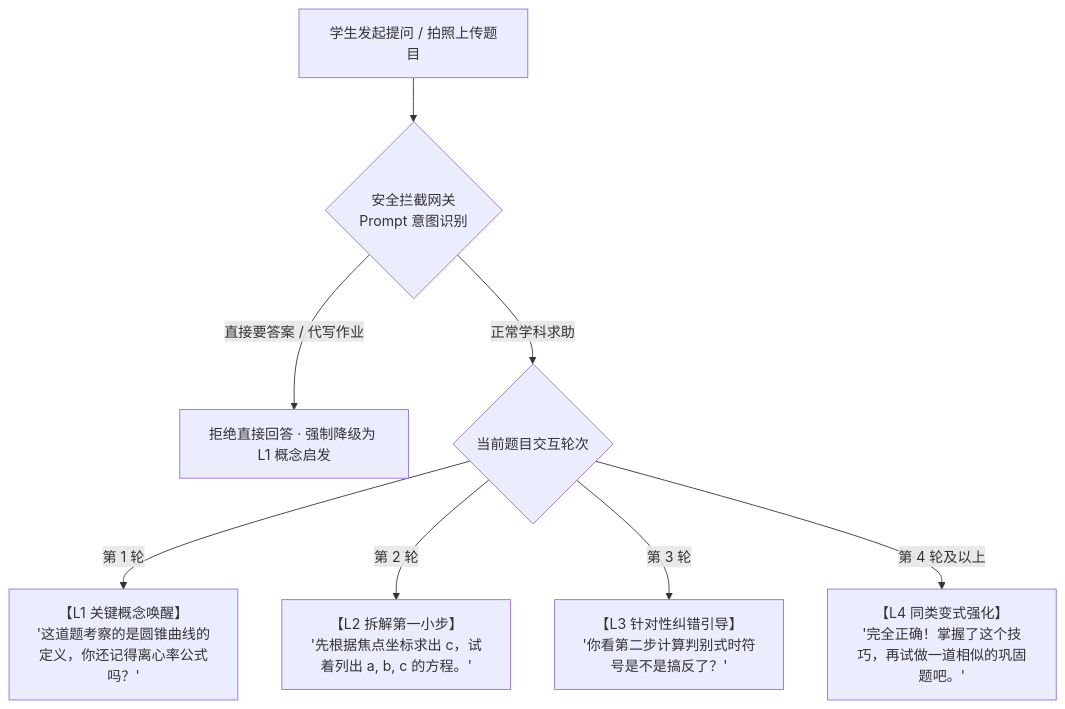
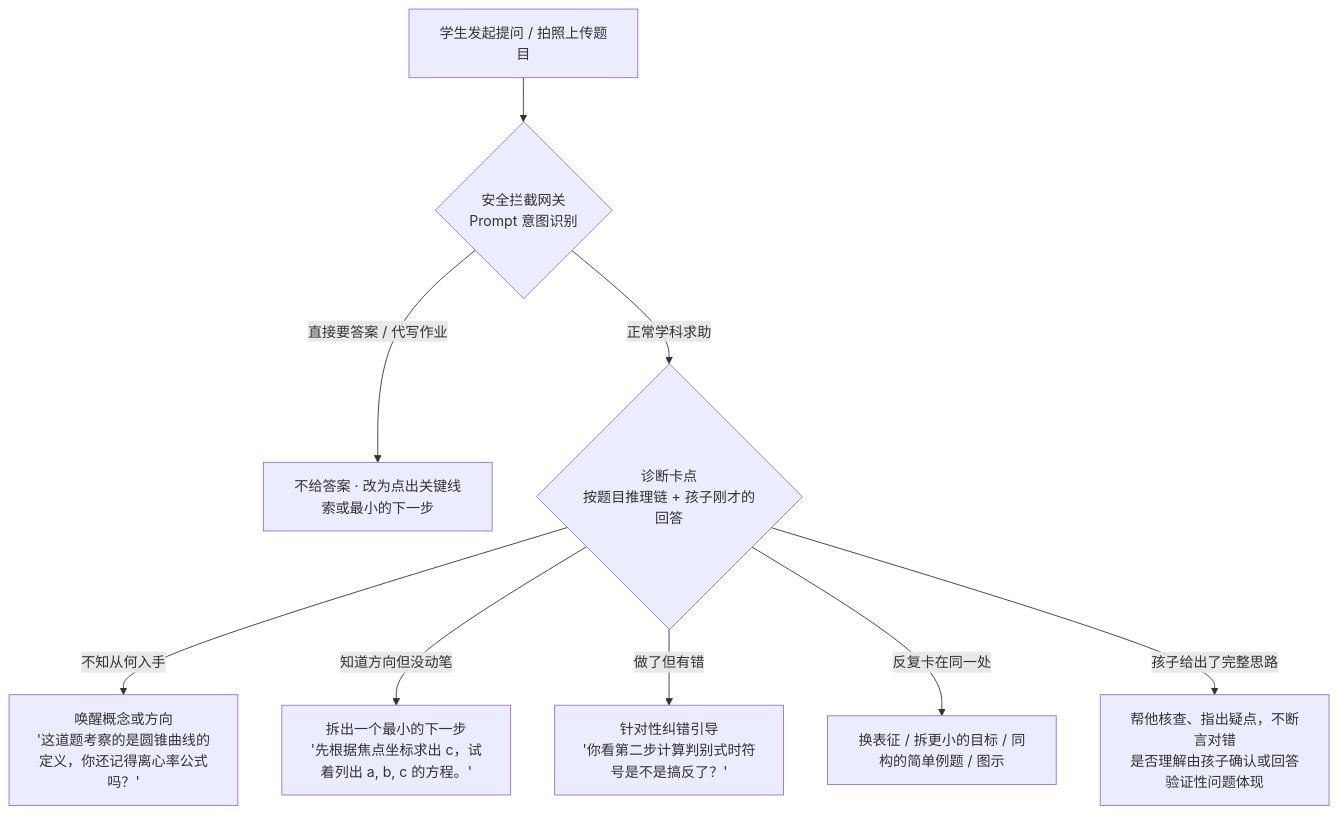
Before and after one commit to johanchow/duxue: the third of 3 diagrams in docs/technical/design-server.md, drawn with Mermaid. The commit also changed other lines of this file and 7 other files, not shown here.

````diff
--- a/docs/technical/design-server.md
+++ b/docs/technical/design-server.md
@@ -761,11 +763,12 @@
 ```mermaid
 graph TD
     REQ[学生发起提问 / 拍照上传题目] --> GUARD{安全拦截网关<br/>Prompt 意图识别}
-    GUARD -- "直接要答案 / 代写作业" --> REJECT[拒绝直接回答 · 强制降级为 L1 概念启发]
-    GUARD -- "正常学科求助" --> LEVEL_CHECK{当前题目交互轮次}
-    
-    LEVEL_CHECK -- "第 1 轮" --> L1["【L1 关键概念唤醒】<br/>'这道题考察的是圆锥曲线的定义，你还记得离心率公式吗？'"]
-    LEVEL_CHECK -- "第 2 轮" --> L2["【L2 拆解第一小步】<br/>'先根据焦点坐标求出 c，试着列出 a, b, c 的方程。'"]
-    LEVEL_CHECK -- "第 3 轮" --> L3["【L3 针对性纠错引导】<br/>'你看第二步计算判别式时符号是不是搞反了？'"]
-    LEVEL_CHECK -- "第 4 轮及以上" --> L4["【L4 同类变式强化】<br/>'完全正确！掌握了这个技巧，再试做一道相似的巩固题吧。'"]
+    GUARD -- "直接要答案 / 代写作业" --> REJECT[不给答案 · 改为点出关键线索或最小的下一步]
+    GUARD -- "正常学科求助" --> DIAG{诊断卡点<br/>按题目推理链 + 孩子刚才的回答}
+
+    DIAG -- "不知从何入手" --> A["唤醒概念或方向<br/>'这道题考察的是圆锥曲线的定义，你还记得离心率公式吗？'"]
+    DIAG -- "知道方向但没动笔" --> B["拆出一个最小的下一步<br/>'先根据焦点坐标求出 c，试着列出 a, b, c 的方程。'"]
+    DIAG -- "做了但有错" --> C["针对性纠错引导<br/>'你看第二步计算判别式时符号是不是搞反了？'"]
+    DIAG -- "反复卡在同一处" --> D["换表征 / 拆更小的目标 / 同构的简单例题 / 图示"]
+    DIAG -- "孩子给出了完整思路" --> E["帮他核查、指出疑点，不断言对错<br/>是否理解由孩子确认或回答验证性问题体现"]
 ```
````
